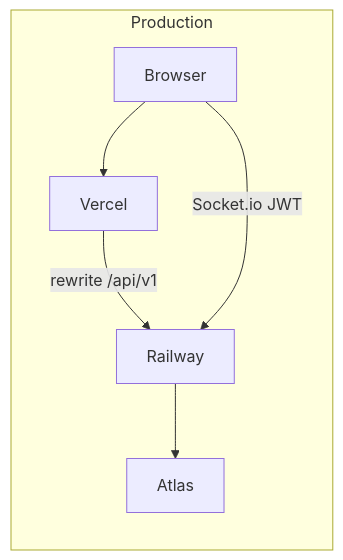
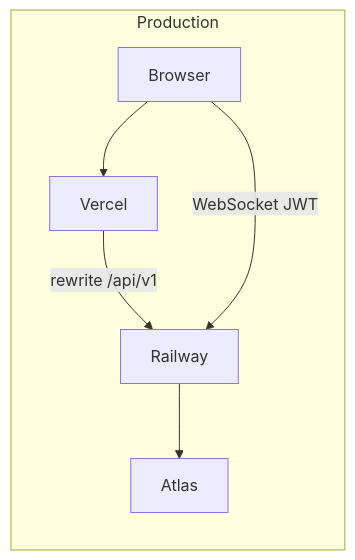
Before and after one commit to himel2535/frozen_food_erp_frontend: the first of 3 diagrams in README.md, drawn with Mermaid. The commit also changed other lines of this file and 10 other files, not shown here.

````diff
--- a/README.md
+++ b/README.md
@@ -36,9 +103,9 @@
 ```mermaid
 flowchart LR
   subgraph hosted [Production]
     Browser --> Vercel
     Vercel -->|"rewrite /api/v1"| Railway
-    Browser -->|"Socket.io JWT"| Railway
+    Browser -->|"WebSocket JWT"| Railway
     Railway --> Atlas
   end
 ```
````
